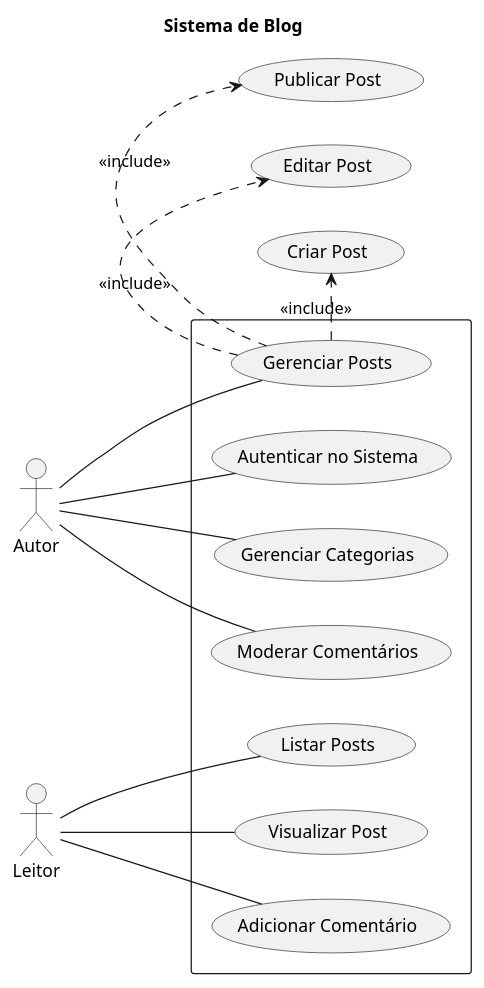
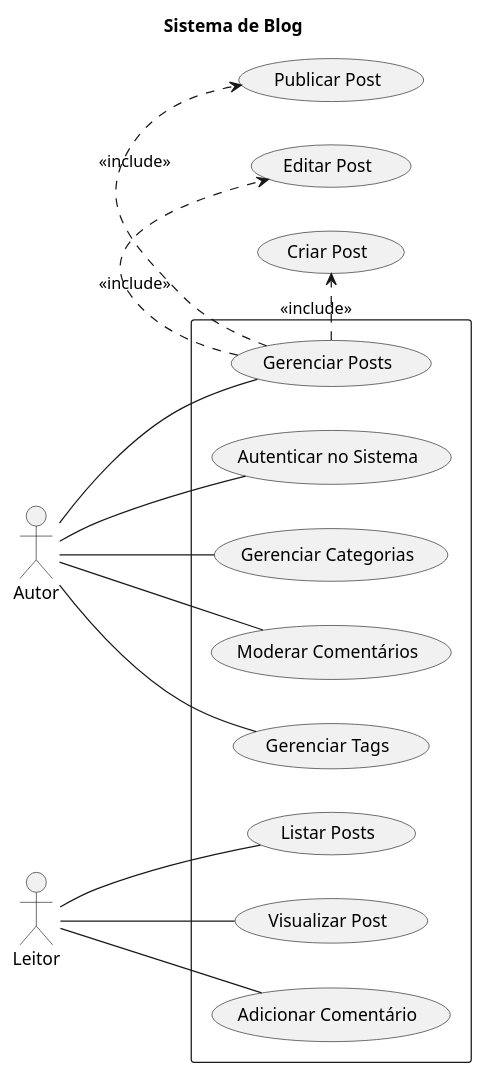
Before and after one commit to Ha1000tonG/sistema-lista: the diagram in CASO_DE_USO.puml, drawn with PlantUML. The commit also changed 1 other file, not shown here.

Commit message:
feat: Adiciona funcionalidade de Tags para os posts

```diff
--- a/CASO_DE_USO.puml
+++ b/CASO_DE_USO.puml
@@ -2,43 +2,45 @@
 @startuml CASO_DE_USO
 
 ' Define o título do diagrama
 title Sistema de Blog
 
 ' Define o ator "Autor" à esquerda
 left to right direction
 actor "Autor" as autor
 
 ' Define o ator "Leitor" à direita
 actor "Leitor" as leitor
 
 ' Define o retângulo que representa o sistema
 rectangle {
   ' Casos de uso do Autor
   usecase "Autenticar no Sistema" as UC1
   usecase "Gerenciar Posts" as UC2
   usecase "Gerenciar Categorias" as UC3
   usecase "Moderar Comentários" as UC4
+  usecase "Gerenciar Tags" as UC8
 
   ' Casos de uso do Leitor
   usecase "Listar Posts" as UC5
   usecase "Visualizar Post" as UC6
   usecase "Adicionar Comentário" as UC7
 }
 
 ' Ligações dos atores aos casos de uso
 autor -- UC1
 autor -- UC2
 autor -- UC3
 autor -- UC4
+autor -- UC8
 
 leitor -- UC5
 leitor -- UC6
 leitor -- UC7
 
 ' Detalhando o caso de uso "Gerenciar Posts" com include
 ' "include" significa que um caso de uso sempre inclui o outro
 UC2 .> (Criar Post) : <<include>>
 UC2 .> (Editar Post) : <<include>>
 UC2 .> (Publicar Post) : <<include>>
 
 @enduml
```
